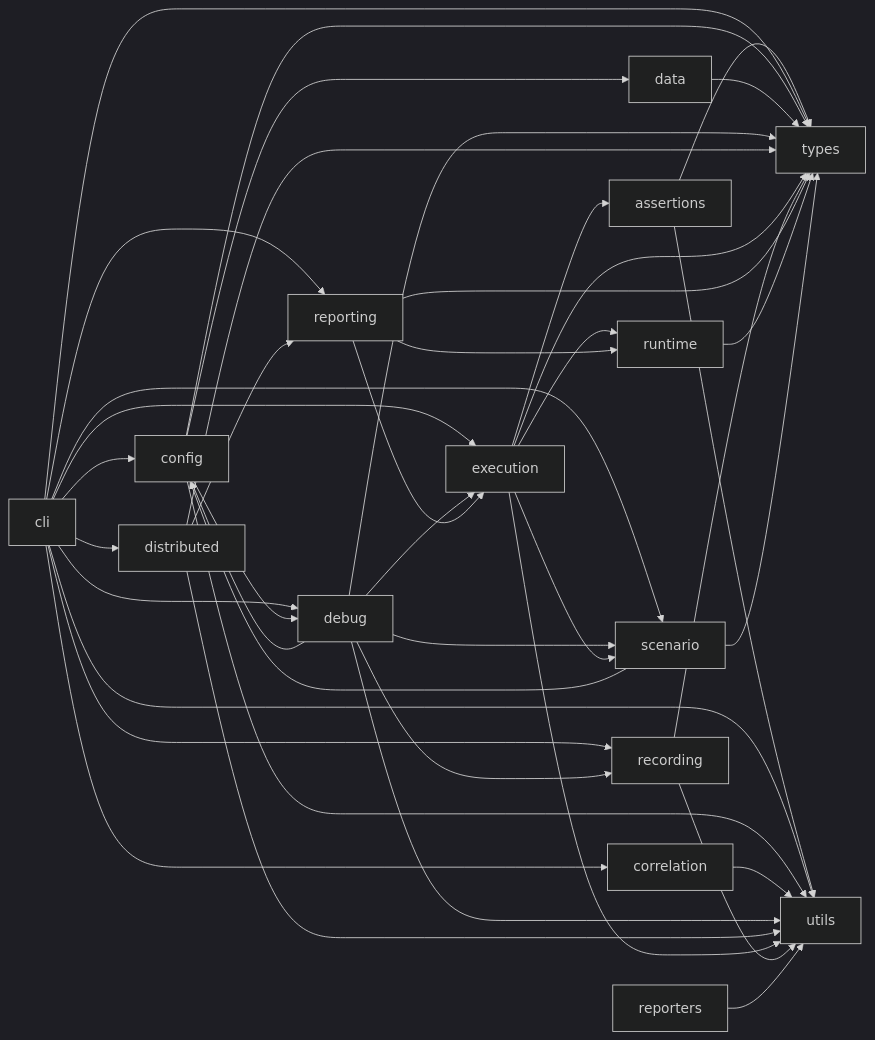
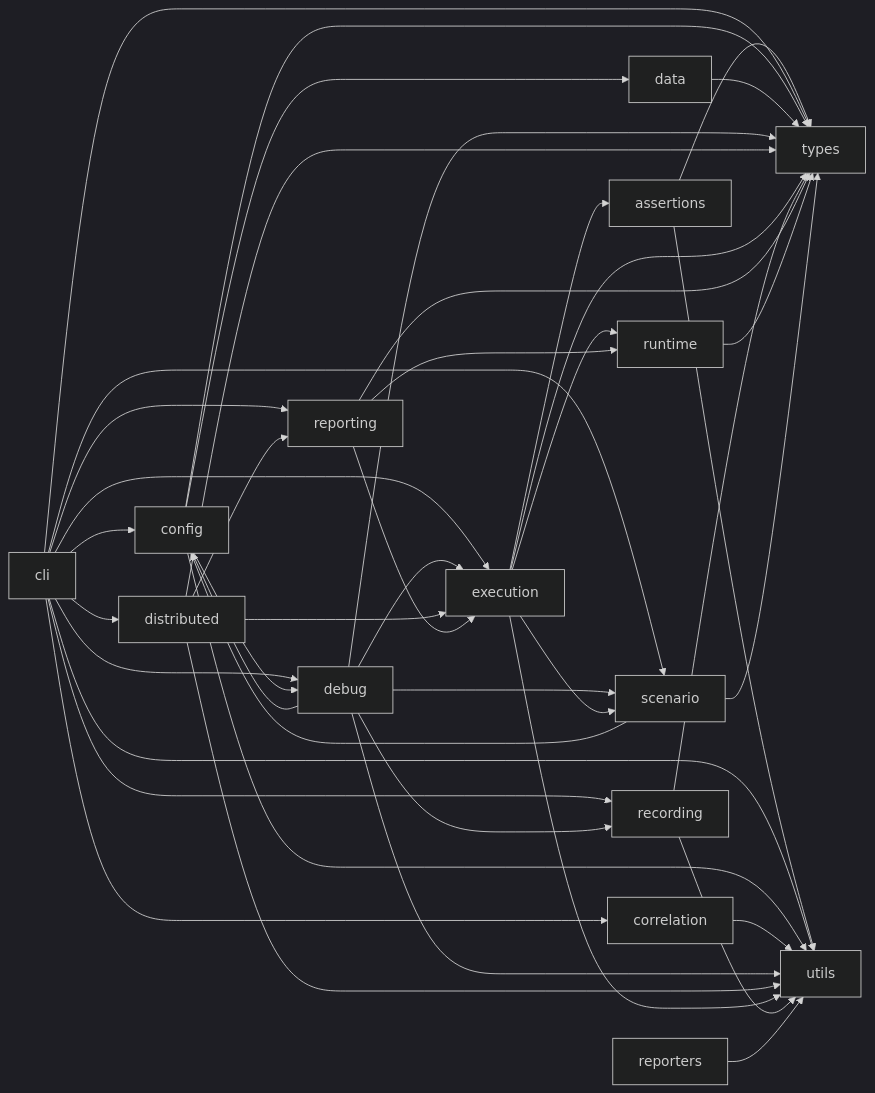
One commit to Mechavenger-adi/PerfFramework_k6 changed the diagram in docs/presentation/architecture-deck.md. Above: the diagram before and after it, drawn with Mermaid (dark theme). The commit also changed 15 other files, not shown here.

First line of the commit message:
fix(distributed): per-run folder layout, VU-zero on done, frozen chart, merged CSVs, "Active VUs"

````diff
--- a/docs/presentation/architecture-deck.md
+++ b/docs/presentation/architecture-deck.md
@@ -29,44 +29,45 @@
 ```mermaid
 flowchart LR
   assertions --> types
   assertions --> utils
   cli --> config
   cli --> correlation
   cli --> debug
   cli --> distributed
   cli --> execution
   cli --> recording
   cli --> reporting
   cli --> scenario
   cli --> types
   cli --> utils
   config --> data
   config --> debug
   config --> types
   config --> utils
   correlation --> utils
   data --> types
   debug --> config
   debug --> execution
   debug --> recording
   debug --> scenario
   debug --> types
   debug --> utils
+  distributed --> execution
   distributed --> reporting
   distributed --> types
   distributed --> utils
   execution --> assertions
   execution --> runtime
   execution --> scenario
   execution --> types
   execution --> utils
   recording --> types
   recording --> utils
   reporters --> utils
   reporting --> execution
   reporting --> runtime
   reporting --> types
   runtime --> types
   scenario --> config
   scenario --> types
 ```
````
